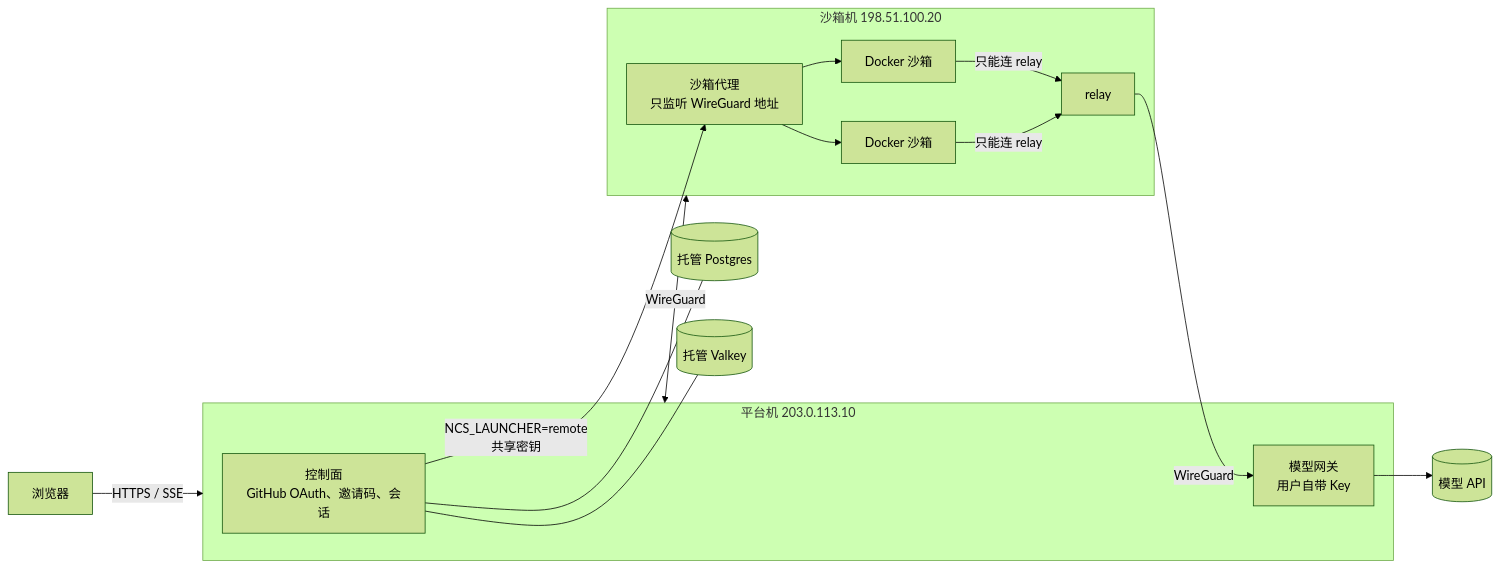
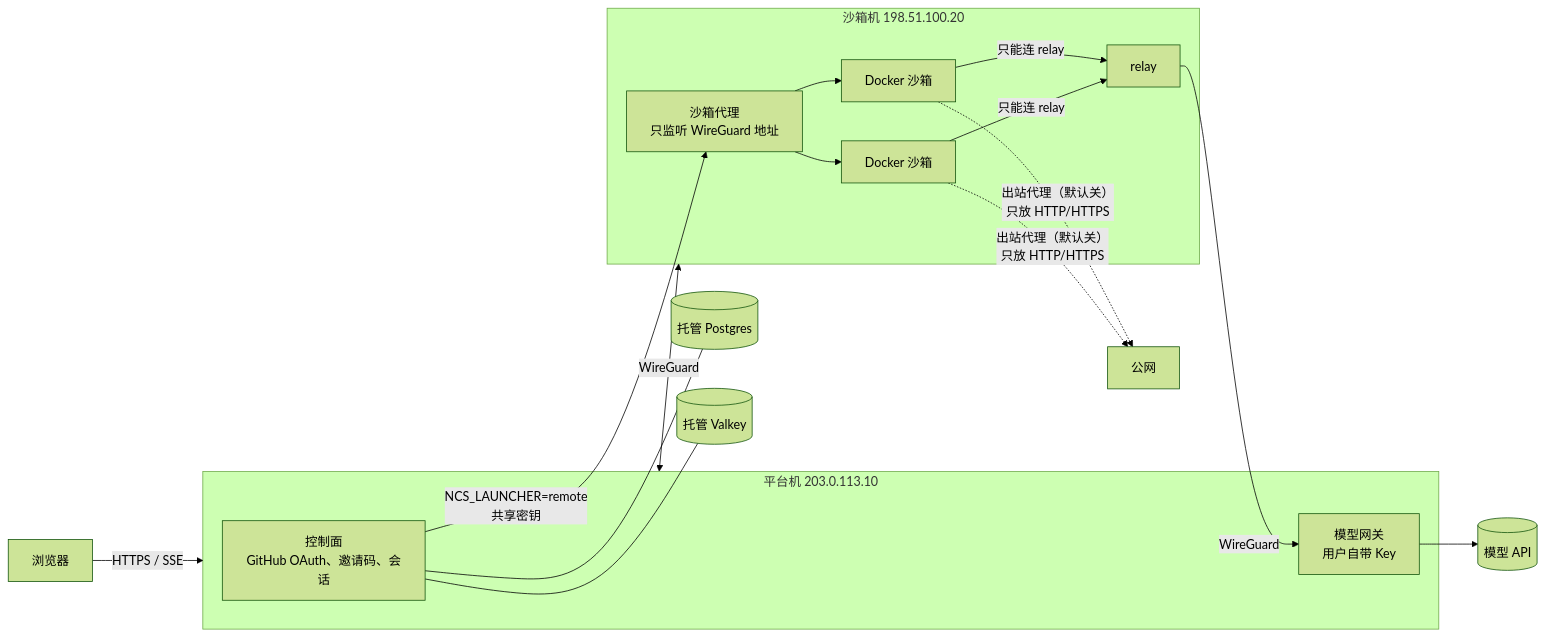
Before and after one commit to mbaiagent/nanocode: the sixth of 6 diagrams in docs/cloud-agent-architecture.md, drawn with Mermaid (forest theme). The commit also changed other lines of this file and 23 other files, not shown here.

First line of the commit message:
feat(server): 沙箱出站代理——只放 HTTP/HTTPS、代理解析 DNS、拦内网防 SSRF/重绑定（NCS_EGRESS_PROXY，默认关）

````diff
--- a/docs/cloud-agent-architecture.md
+++ b/docs/cloud-agent-architecture.md
@@ -294,22 +295,23 @@
 ```mermaid
 flowchart LR
     U[浏览器] -->|HTTPS / SSE| P
     subgraph P[平台机 203.0.113.10]
         CP[控制面<br/>GitHub OAuth、邀请码、会话]
         GW[模型网关<br/>用户自带 Key]
     end
     subgraph S[沙箱机 198.51.100.20]
         AG[沙箱代理<br/>只监听 WireGuard 地址]
         RL[relay]
         D1[Docker 沙箱]
         D2[Docker 沙箱]
     end
     P <-->|WireGuard| S
     CP -->|NCS_LAUNCHER=remote<br/>共享密钥| AG
     AG --> D1 & D2
     D1 & D2 -->|只能连 relay| RL
+    D1 & D2 -.->|出站代理（默认关）<br/>只放 HTTP/HTTPS| EG[公网]
     RL -->|WireGuard| GW
     GW --> LLM[(模型 API)]
     CP --- PG[(托管 Postgres)]
     CP --- RD[(托管 Valkey)]
 ```
````
